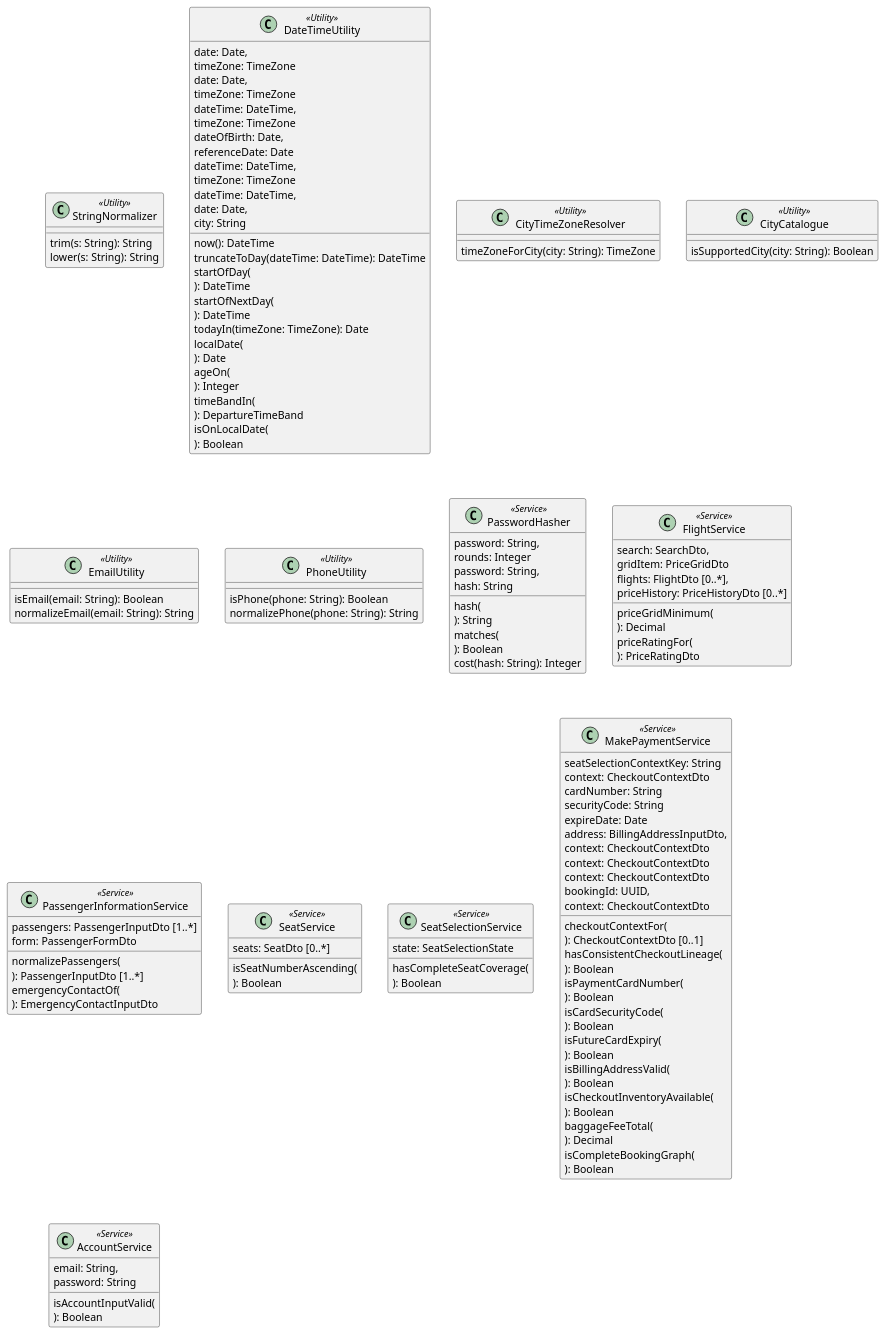
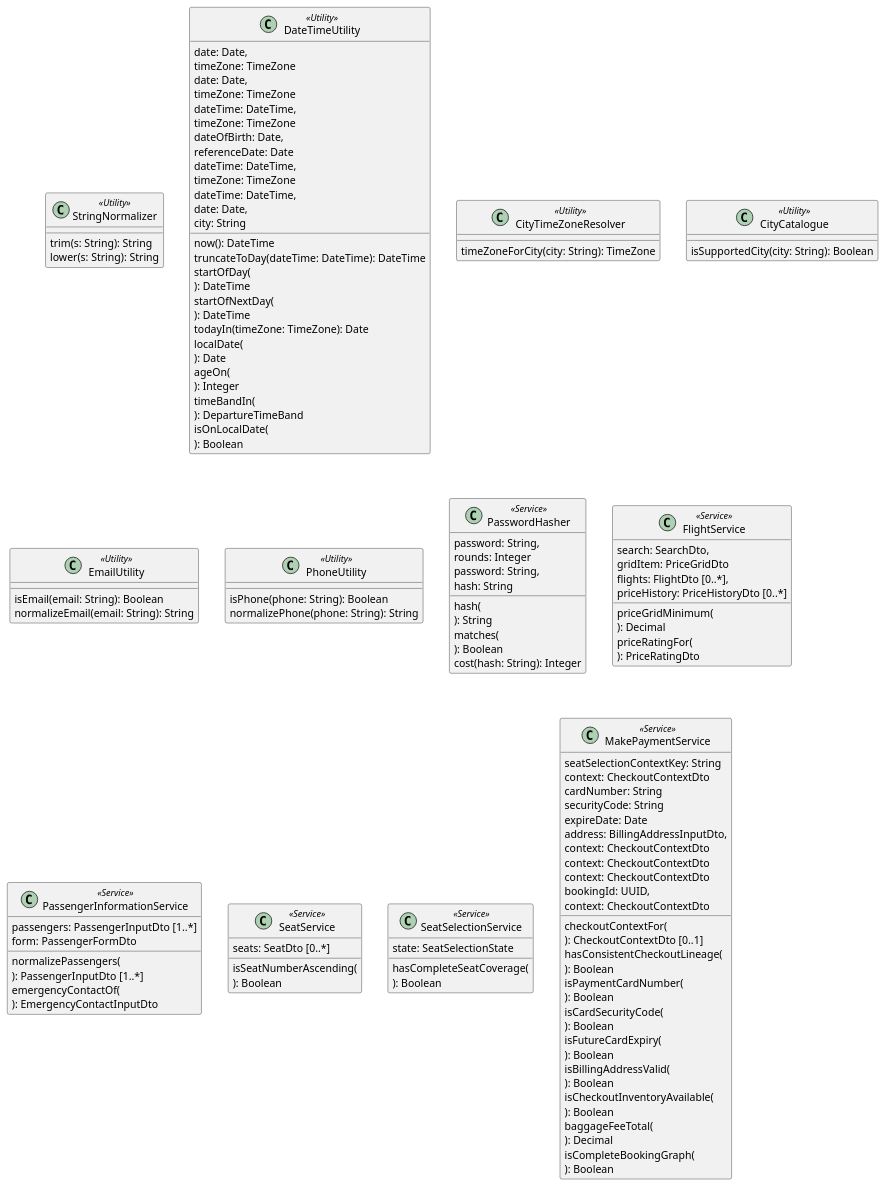
One commit to khanhNguyenHong2311/VT-TripmaSpecification changed the diagram in 01-inception/OCL-UTILITY-DEFINITIONS.md. Above: the diagram before and after it, drawn with PlantUML. The commit also changed other lines of this file and 4 other files, not shown here.

```diff
--- a/01-inception/OCL-UTILITY-DEFINITIONS.md
+++ b/01-inception/OCL-UTILITY-DEFINITIONS.md
@@ -199,12 +196,5 @@
   ): Boolean
 }
 
-class AccountService <<Service>> {
-  isAccountInputValid(
-    email: String,
-    password: String
-  ): Boolean
-}
-
 @enduml
 ~~~
```
